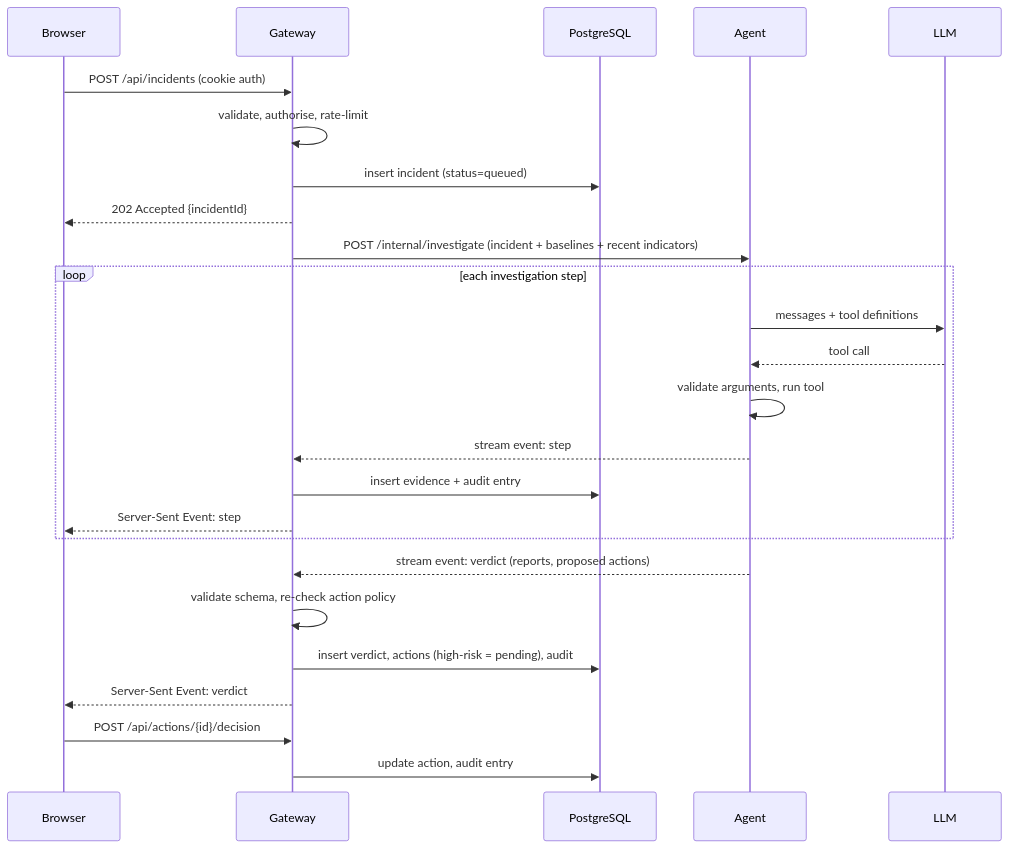
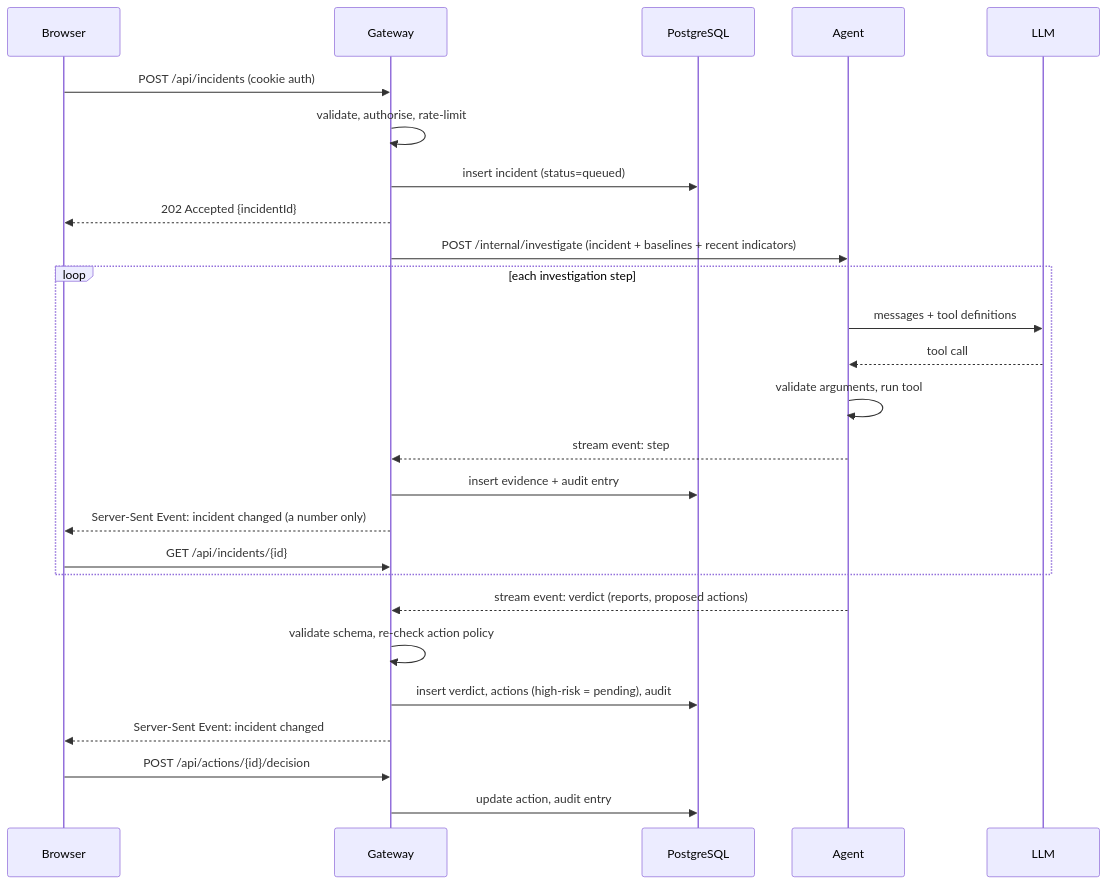
Before and after one commit to mKs2609/casewright: the second of 3 diagrams in docs/ARCHITECTURE.md, drawn with Mermaid. The commit also changed other lines of this file and 32 other files, not shown here.

````diff
--- a/docs/ARCHITECTURE.md
+++ b/docs/ARCHITECTURE.md
@@ -35,28 +35,29 @@
 ```mermaid
 sequenceDiagram
     participant B as Browser
     participant G as Gateway
     participant DB as PostgreSQL
     participant A as Agent
     participant L as LLM
 
     B->>G: POST /api/incidents (cookie auth)
     G->>G: validate, authorise, rate-limit
     G->>DB: insert incident (status=queued)
     G-->>B: 202 Accepted {incidentId}
     G->>A: POST /internal/investigate (incident + baselines + recent indicators)
     loop each investigation step
         A->>L: messages + tool definitions
         L-->>A: tool call
         A->>A: validate arguments, run tool
         A-->>G: stream event: step
         G->>DB: insert evidence + audit entry
-        G-->>B: Server-Sent Event: step
+        G-->>B: Server-Sent Event: incident changed (a number only)
+        B->>G: GET /api/incidents/{id}
     end
     A-->>G: stream event: verdict (reports, proposed actions)
     G->>G: validate schema, re-check action policy
     G->>DB: insert verdict, actions (high-risk = pending), audit
-    G-->>B: Server-Sent Event: verdict
+    G-->>B: Server-Sent Event: incident changed
     B->>G: POST /api/actions/{id}/decision
     G->>DB: update action, audit entry
 ```
````
